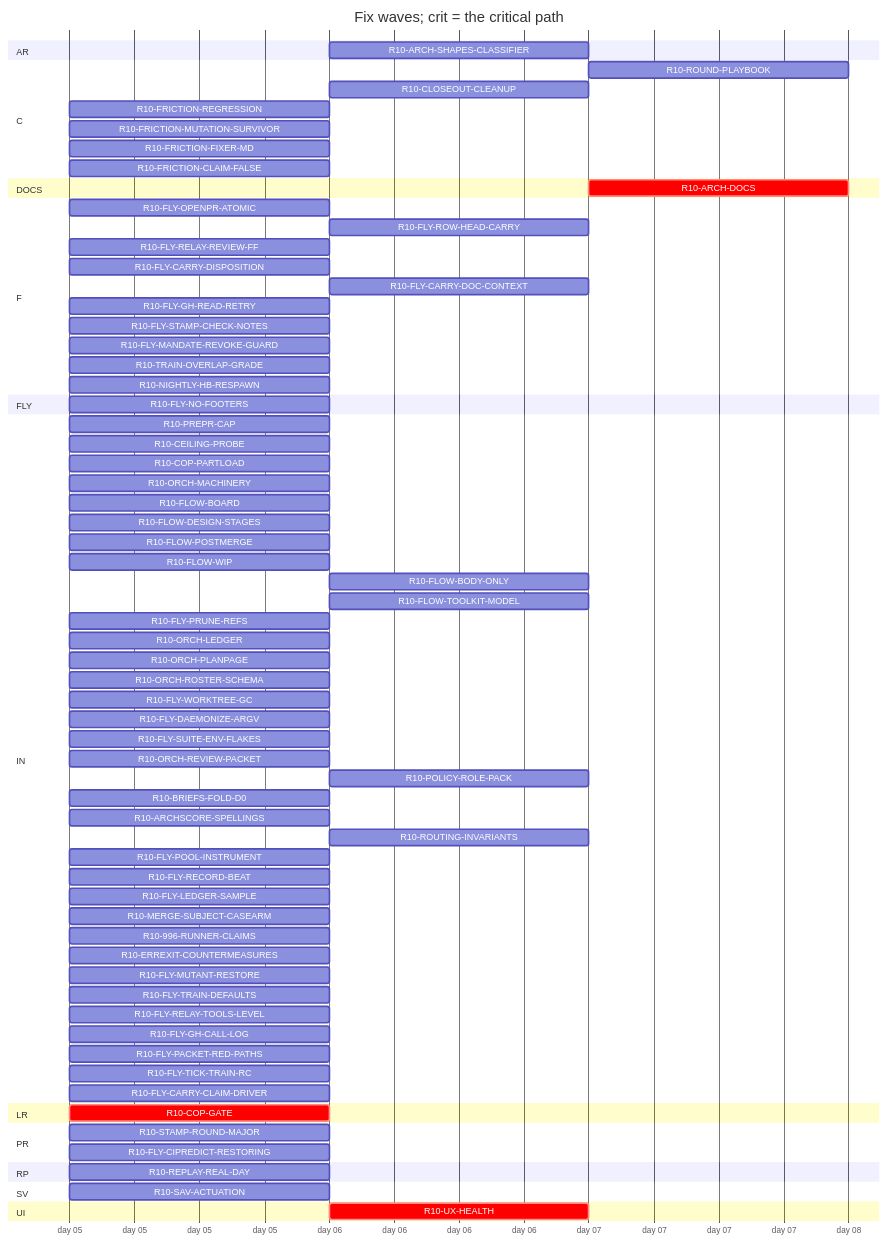
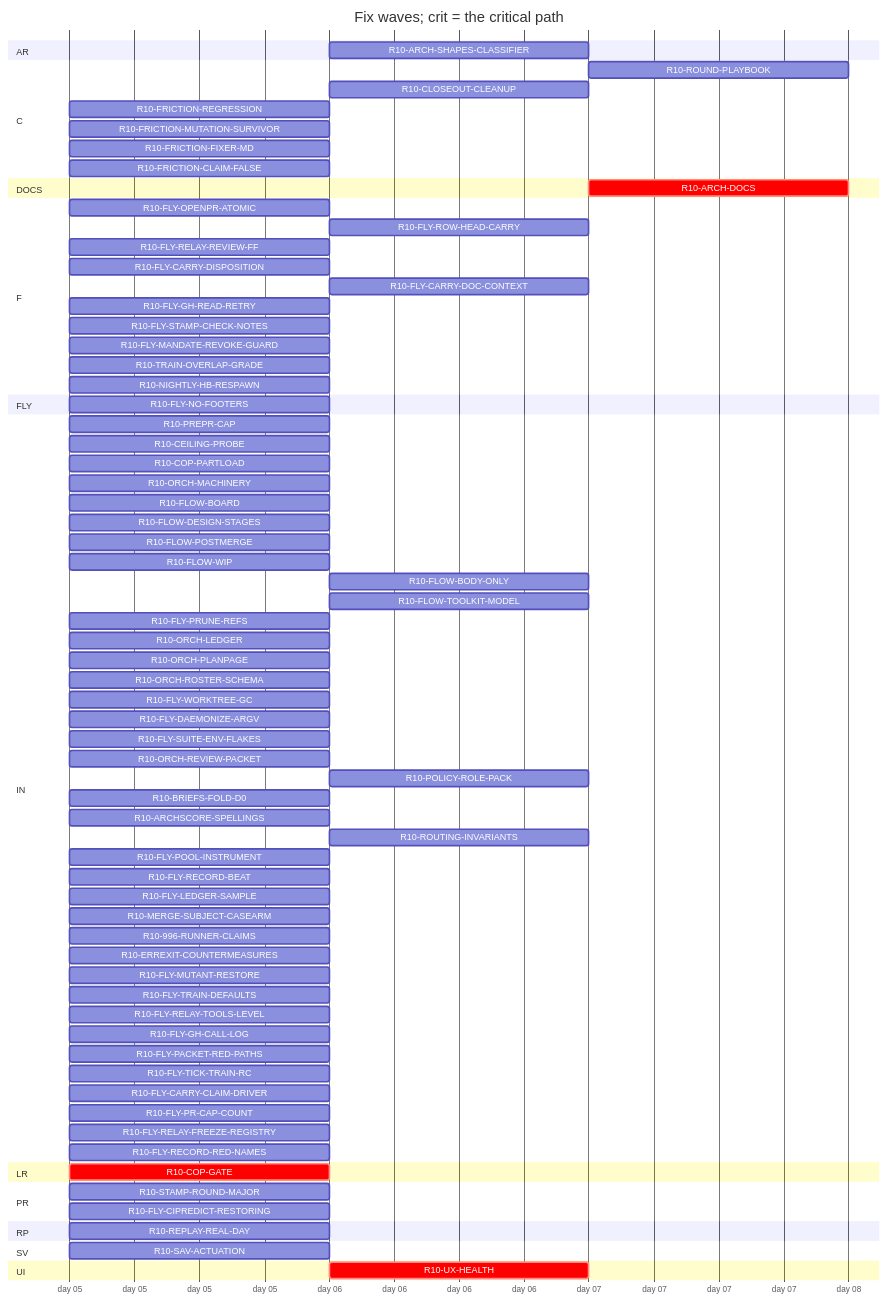
Before and after one commit to tvofi/heatpump_optimizer: the diagram in handoff/round10/state/PLAN-TABLE.md, drawn with Mermaid. The commit also changed other lines of this file and 3 other files, not shown here.

Commit message:
state: FLOW-BOARD.md, NEXT-SESSION-PROMPT.md, PLAN-TABLE.md, RESUME-CURRENT.md regenerated (state_docs.py)

````diff
--- a/handoff/round10/state/PLAN-TABLE.md
+++ b/handoff/round10/state/PLAN-TABLE.md
@@ -24,77 +24,80 @@
 ```mermaid
 gantt
   title Fix waves; crit = the critical path
   dateFormat YYYY-MM-DD
   axisFormat day %d
   section AR
     R10-ARCH-SHAPES-CLASSIFIER :r10ARCHSHAPESCLASSIFIER, after r10996RUNNERCLAIMS, 1d
   section C
     R10-ROUND-PLAYBOOK :r10ROUNDPLAYBOOK, after r10ORCHLEDGER r10ORCHPLANPAGE r10FLYRELAYREVIEWFF r10FLOWBODYONLY, 1d
     R10-CLOSEOUT-CLEANUP :r10CLOSEOUTCLEANUP, after r10FLYPRUNEREFS r10FLYWORKTREEGC, 1d
     R10-FRICTION-REGRESSION :r10FRICTIONREGRESSION, 2026-01-05, 1d
     R10-FRICTION-MUTATION-SURVIVOR :r10FRICTIONMUTATIONSURVIVOR, 2026-01-05, 1d
     R10-FRICTION-FIXER-MD :r10FRICTIONFIXERMD, 2026-01-05, 1d
     R10-FRICTION-CLAIM-FALSE :r10FRICTIONCLAIMFALSE, 2026-01-05, 1d
   section DOCS
     R10-ARCH-DOCS :crit, r10ARCHDOCS, after r10COPGATE r10UXHEALTH r10CEILINGPROBE r10COPPARTLOAD r10FLOWBOARD r10FLOWDESIGNSTAGES r10FLOWPOSTMERGE r10FLOWWIP r10FLOWBODYONLY r10FLYOPENPRATOMIC r10FLYROWHEADCARRY r10FLYRELAYREVIEWFF r10FLYCARRYDISPOSITION r10FLYCARRYDOCCONTEXT r10FLOWTOOLKITMODEL r10FLYSTAMPCHECKNOTES r10FLYMANDATEREVOKEGUARD r10TRAINOVERLAPGRADE r10NIGHTLYHBRESPAWN r10FLYPRUNEREFS r10ORCHLEDGER r10ORCHPLANPAGE r10ORCHROSTERSCHEMA r10FLYWORKTREEGC r10FLYDAEMONIZEARGV r10ORCHREVIEWPACKET r10POLICYROLEPACK r10BRIEFSFOLDD0 r10REPLAYREALDAY r10ARCHSCORESPELLINGS r10SAVACTUATION r10FLYLEDGERSAMPLE, 1d
   section F
     R10-FLY-OPENPR-ATOMIC :r10FLYOPENPRATOMIC, 2026-01-05, 1d
     R10-FLY-ROW-HEAD-CARRY :r10FLYROWHEADCARRY, after r10FLYOPENPRATOMIC, 1d
     R10-FLY-RELAY-REVIEW-FF :r10FLYRELAYREVIEWFF, 2026-01-05, 1d
     R10-FLY-CARRY-DISPOSITION :r10FLYCARRYDISPOSITION, 2026-01-05, 1d
     R10-FLY-CARRY-DOC-CONTEXT :r10FLYCARRYDOCCONTEXT, after r10FLYGHREADRETRY, 1d
     R10-FLY-GH-READ-RETRY :r10FLYGHREADRETRY, 2026-01-05, 1d
     R10-FLY-STAMP-CHECK-NOTES :r10FLYSTAMPCHECKNOTES, 2026-01-05, 1d
     R10-FLY-MANDATE-REVOKE-GUARD :r10FLYMANDATEREVOKEGUARD, 2026-01-05, 1d
     R10-TRAIN-OVERLAP-GRADE :r10TRAINOVERLAPGRADE, 2026-01-05, 1d
     R10-NIGHTLY-HB-RESPAWN :r10NIGHTLYHBRESPAWN, 2026-01-05, 1d
   section FLY
     R10-FLY-NO-FOOTERS :r10FLYNOFOOTERS, 2026-01-05, 1d
   section IN
     R10-PREPR-CAP :r10PREPRCAP, 2026-01-05, 1d
     R10-CEILING-PROBE :r10CEILINGPROBE, 2026-01-05, 1d
     R10-COP-PARTLOAD :r10COPPARTLOAD, 2026-01-05, 1d
     R10-ORCH-MACHINERY :r10ORCHMACHINERY, 2026-01-05, 1d
     R10-FLOW-BOARD :r10FLOWBOARD, 2026-01-05, 1d
     R10-FLOW-DESIGN-STAGES :r10FLOWDESIGNSTAGES, 2026-01-05, 1d
     R10-FLOW-POSTMERGE :r10FLOWPOSTMERGE, 2026-01-05, 1d
     R10-FLOW-WIP :r10FLOWWIP, 2026-01-05, 1d
     R10-FLOW-BODY-ONLY :r10FLOWBODYONLY, after r10FLYOPENPRATOMIC, 1d
     R10-FLOW-TOOLKIT-MODEL :r10FLOWTOOLKITMODEL, after r10ORCHPLANPAGE, 1d
     R10-FLY-PRUNE-REFS :r10FLYPRUNEREFS, 2026-01-05, 1d
     R10-ORCH-LEDGER :r10ORCHLEDGER, 2026-01-05, 1d
     R10-ORCH-PLANPAGE :r10ORCHPLANPAGE, 2026-01-05, 1d
     R10-ORCH-ROSTER-SCHEMA :r10ORCHROSTERSCHEMA, 2026-01-05, 1d
     R10-FLY-WORKTREE-GC :r10FLYWORKTREEGC, 2026-01-05, 1d
     R10-FLY-DAEMONIZE-ARGV :r10FLYDAEMONIZEARGV, 2026-01-05, 1d
     R10-FLY-SUITE-ENV-FLAKES :r10FLYSUITEENVFLAKES, 2026-01-05, 1d
     R10-ORCH-REVIEW-PACKET :r10ORCHREVIEWPACKET, 2026-01-05, 1d
     R10-POLICY-ROLE-PACK :r10POLICYROLEPACK, after r10FLOWDESIGNSTAGES, 1d
     R10-BRIEFS-FOLD-D0 :r10BRIEFSFOLDD0, 2026-01-05, 1d
     R10-ARCHSCORE-SPELLINGS :r10ARCHSCORESPELLINGS, 2026-01-05, 1d
     R10-ROUTING-INVARIANTS :r10ROUTINGINVARIANTS, after r10ORCHROSTERSCHEMA, 1d
     R10-FLY-POOL-INSTRUMENT :r10FLYPOOLINSTRUMENT, 2026-01-05, 1d
     R10-FLY-RECORD-BEAT :r10FLYRECORDBEAT, 2026-01-05, 1d
     R10-FLY-LEDGER-SAMPLE :r10FLYLEDGERSAMPLE, 2026-01-05, 1d
     R10-MERGE-SUBJECT-CASEARM :r10MERGESUBJECTCASEARM, 2026-01-05, 1d
     R10-996-RUNNER-CLAIMS :r10996RUNNERCLAIMS, 2026-01-05, 1d
     R10-ERREXIT-COUNTERMEASURES :r10ERREXITCOUNTERMEASURES, 2026-01-05, 1d
     R10-FLY-MUTANT-RESTORE :r10FLYMUTANTRESTORE, 2026-01-05, 1d
     R10-FLY-TRAIN-DEFAULTS :r10FLYTRAINDEFAULTS, 2026-01-05, 1d
     R10-FLY-RELAY-TOOLS-LEVEL :r10FLYRELAYTOOLSLEVEL, 2026-01-05, 1d
     R10-FLY-GH-CALL-LOG :r10FLYGHCALLLOG, 2026-01-05, 1d
     R10-FLY-PACKET-RED-PATHS :r10FLYPACKETREDPATHS, 2026-01-05, 1d
     R10-FLY-TICK-TRAIN-RC :r10FLYTICKTRAINRC, 2026-01-05, 1d
     R10-FLY-CARRY-CLAIM-DRIVER :r10FLYCARRYCLAIMDRIVER, 2026-01-05, 1d
+    R10-FLY-PR-CAP-COUNT :r10FLYPRCAPCOUNT, 2026-01-05, 1d
+    R10-FLY-RELAY-FREEZE-REGISTRY :r10FLYRELAYFREEZEREGISTRY, 2026-01-05, 1d
+    R10-FLY-RECORD-RED-NAMES :r10FLYRECORDREDNAMES, 2026-01-05, 1d
   section LR
     R10-COP-GATE :crit, r10COPGATE, 2026-01-05, 1d
   section PR
     R10-STAMP-ROUND-MAJOR :r10STAMPROUNDMAJOR, 2026-01-05, 1d
     R10-FLY-CIPREDICT-RESTORING :r10FLYCIPREDICTRESTORING, 2026-01-05, 1d
   section RP
     R10-REPLAY-REAL-DAY :r10REPLAYREALDAY, 2026-01-05, 1d
   section SV
     R10-SAV-ACTUATION :r10SAVACTUATION, 2026-01-05, 1d
   section UI
     R10-UX-HEALTH :crit, r10UXHEALTH, after r10COPGATE, 1d
 ```
````
